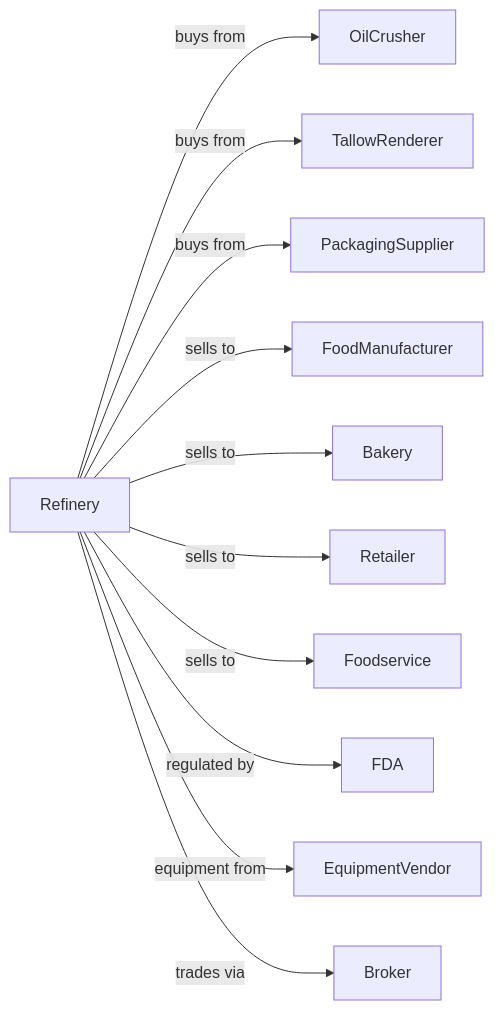
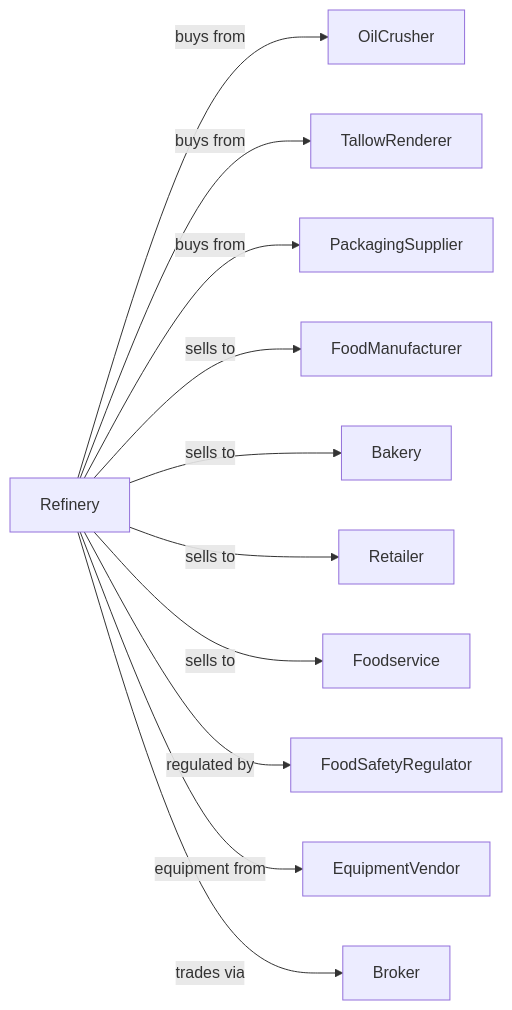
One commit to dot-org-ai/industries.org.ai changed the second of 2 diagrams in Manufacturing/FoodManufacturing/GrainAndOilseedMilling/FatsAndOilsRefiningAndBlending.mdx. Above: the diagram before and after it, drawn with Mermaid. The commit also changed other lines of this file and 639 other files, not shown here.

````diff
--- a/Manufacturing/FoodManufacturing/GrainAndOilseedMilling/FatsAndOilsRefiningAndBlending.mdx
+++ b/Manufacturing/FoodManufacturing/GrainAndOilseedMilling/FatsAndOilsRefiningAndBlending.mdx
@@ -142,15 +142,15 @@
 ```mermaid
 graph LR
     R[Refinery]
 
     R -->|buys from| OilCrusher
     R -->|buys from| TallowRenderer
     R -->|buys from| PackagingSupplier
     R -->|sells to| FoodManufacturer
     R -->|sells to| Bakery
     R -->|sells to| Retailer
     R -->|sells to| Foodservice
-    R -->|regulated by| FDA
+    R -->|regulated by| FoodSafetyRegulator
     R -->|equipment from| EquipmentVendor
     R -->|trades via| Broker
 ```
````
